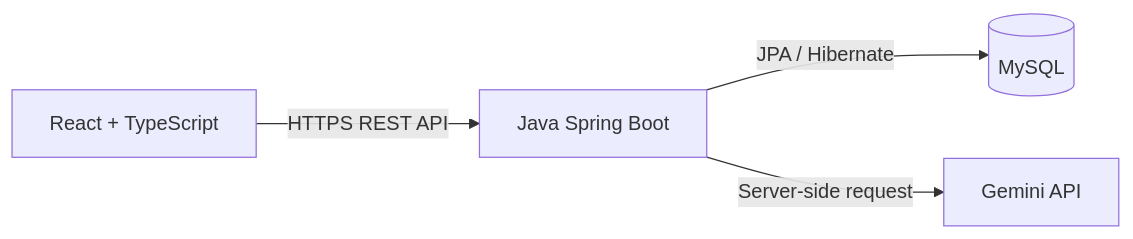
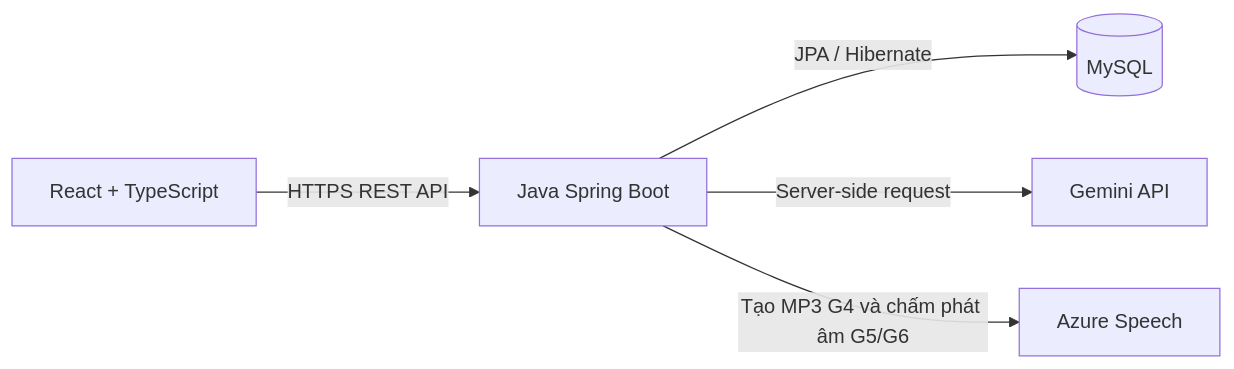
The diagram in docs/architecture/overview.md (hvthang-17/english-conversation-ai), drawn with Mermaid before and after one commit. The commit also changed other lines of this file and 64 other files, not shown here.

Commit message:
docs: align product specifications, architecture, and acceptance records

````diff
--- a/docs/architecture/overview.md
+++ b/docs/architecture/overview.md
@@ -5,6 +7,7 @@
 ```mermaid
 flowchart LR
     Browser[React + TypeScript] -->|HTTPS REST API| Server[Java Spring Boot]
     Server -->|JPA / Hibernate| DB[(MySQL)]
     Server -->|Server-side request| AI[Gemini API]
+    Server -->|Tạo MP3 G4 và chấm phát âm G5/G6| Speech[Azure Speech]
 ```
````
